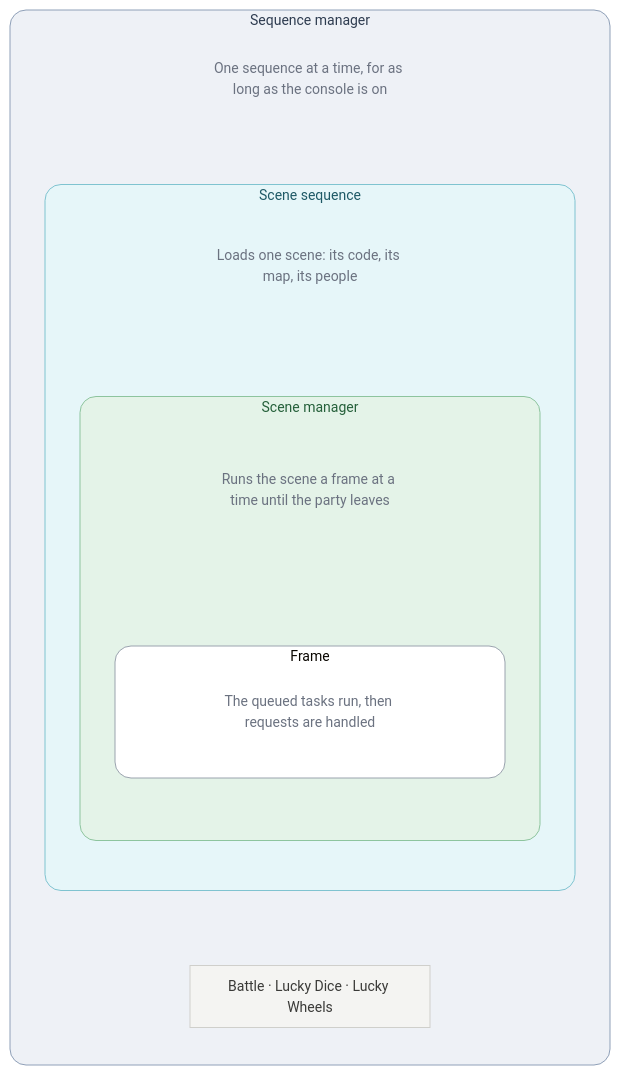
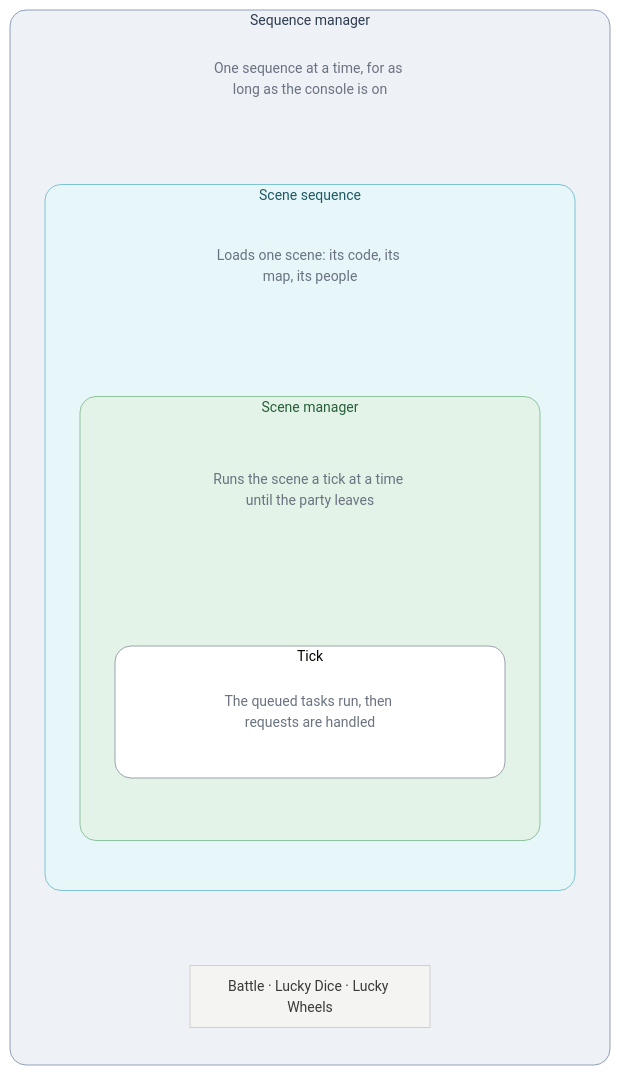
One commit to PascalPixel/alchemy changed the first of 9 diagrams in games/tbs/README.md. Above: the diagram before and after it, drawn with Mermaid. The commit also changed other lines of this file and 1 other file, not shown here.

````diff
--- a/games/tbs/README.md
+++ b/games/tbs/README.md
@@ -32,33 +34,33 @@
 ```mermaid
 %%{init: {"theme": "base", "themeVariables": {"lineColor": "#9AA3AE", "fontSize": "14px"}, "flowchart": {"padding": 10}}}%%
 flowchart TB
   subgraph seqm ["Sequence manager"]
     direction TB
     c1["One sequence at a time, for as long as the console is on"]
     subgraph scene ["Scene sequence"]
       direction TB
       c2["Loads one scene: its code, its map, its people"]
       subgraph mgr ["Scene manager"]
         direction TB
-        c3["Runs the scene a frame at a time until the party leaves"]
-        subgraph frame ["Frame"]
+        c3["Runs the scene a tick at a time until the party leaves"]
+        subgraph tick ["Tick"]
           direction LR
           c4["The queued tasks run, then requests are handled"]
         end
       end
     end
     others["Battle · Lucky Dice · Lucky Wheels"]
   end
   c1 ~~~ scene
   c2 ~~~ mgr
-  c3 ~~~ frame
+  c3 ~~~ tick
   scene ~~~ others
   classDef caption fill:transparent,stroke:transparent,color:#6B7280
   classDef step fill:#F4F4F2,stroke:#CFCFCB,color:#3A3A38
   class c1,c2,c3,c4 caption
   class others step
   style seqm fill:#EEF1F6,stroke:#8FA0B8,color:#2E3C50,rx:16,ry:16
   style scene fill:#E6F6F9,stroke:#7FC3D0,color:#1E5966,rx:16,ry:16
   style mgr fill:#E4F3E8,stroke:#8DC49E,color:#25603A,rx:16,ry:16
-  style frame fill:#FFFFFF,stroke:#9AA3AE,rx:16,ry:16
+  style tick fill:#FFFFFF,stroke:#9AA3AE,rx:16,ry:16
 ```
````
